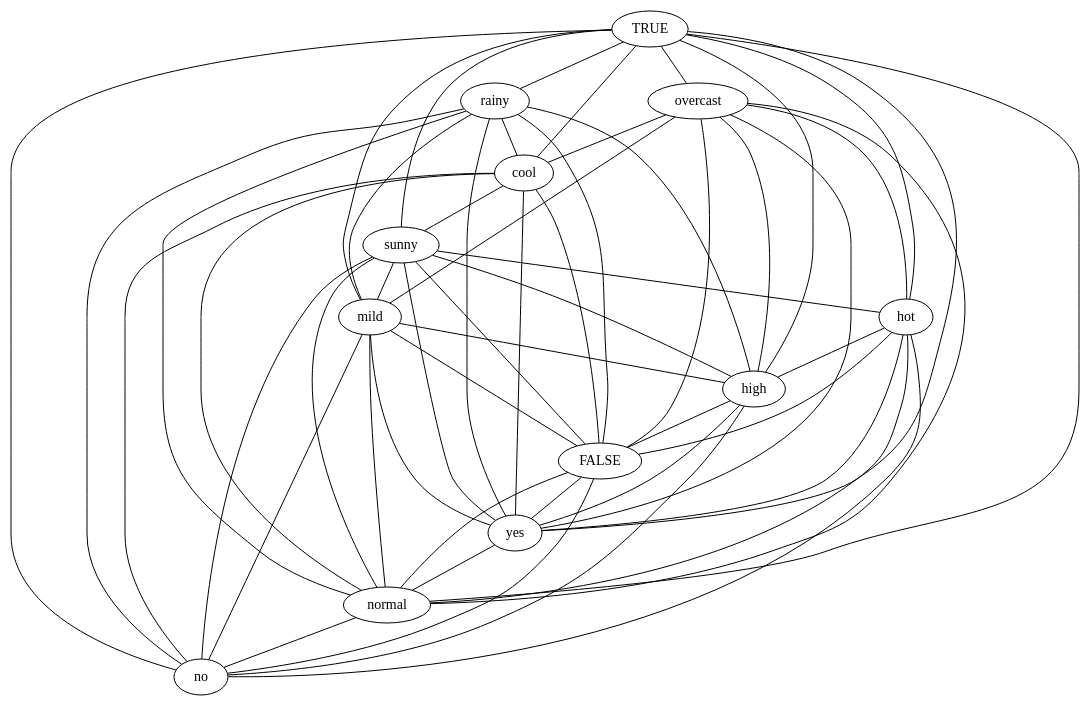
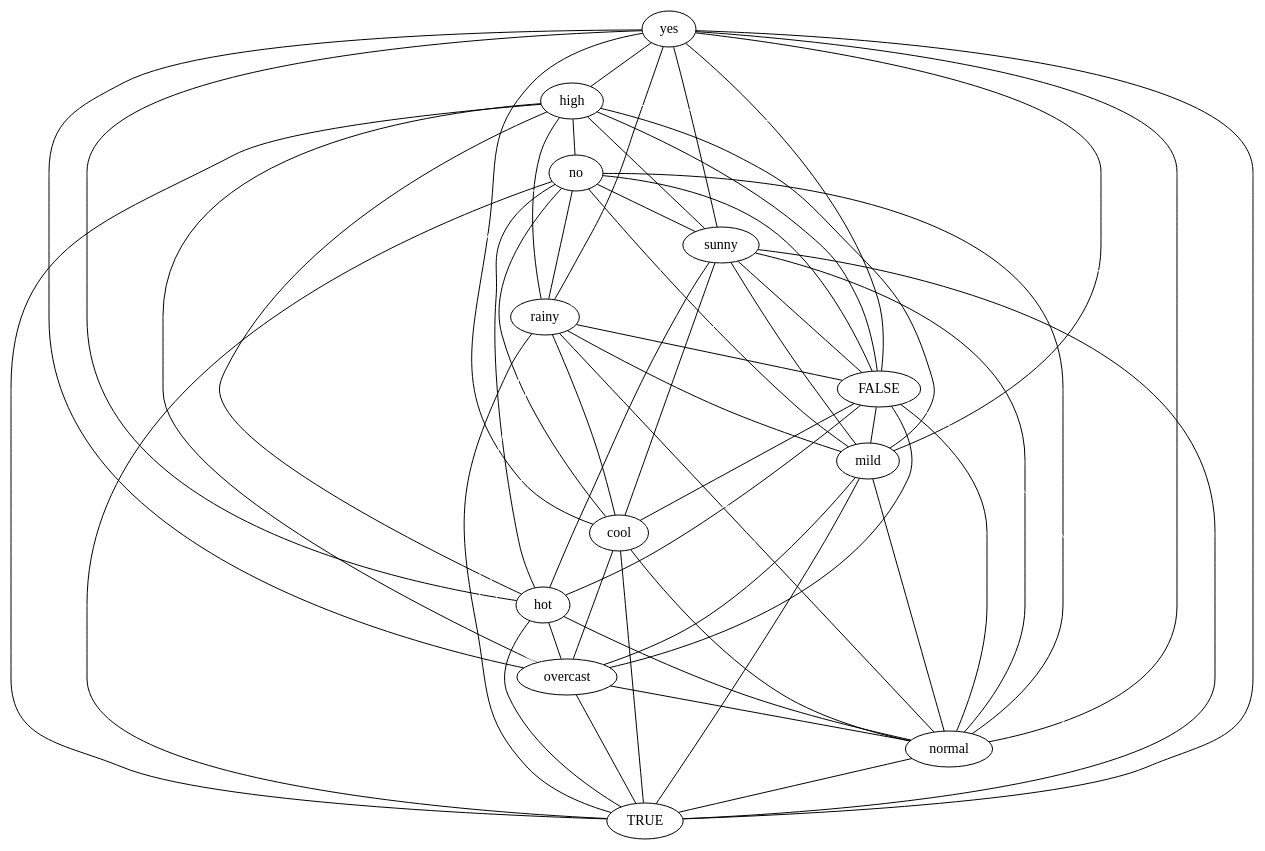
The diagram in src/final/plainGraph.dot (lrodrin/TFG), drawn with Graphviz before and after one commit. The commit also changed 12 other files, not shown here.

```diff
--- a/src/final/plainGraph.dot
+++ b/src/final/plainGraph.dot
@@ -1,68 +1,80 @@
 strict graph "" {
+yes;
+high;
+no;
+sunny;
+rainy;
+FALSE;
+mild;
+cool;
+hot;
+overcast;
+normal;
 TRUE;
-overcast;
-rainy;
-cool;
-sunny;
-mild;
-hot;
-high;
-FALSE;
-yes;
-normal;
-no;
-TRUE -- high  [color=black];
-TRUE -- overcast  [color=black];
-TRUE -- yes  [color=black];
-TRUE -- normal  [color=black];
-TRUE -- rainy  [color=black];
-TRUE -- cool  [color=black];
-TRUE -- sunny  [color=black];
-TRUE -- mild  [color=black];
-TRUE -- no  [color=black];
-TRUE -- hot  [color=black];
-overcast -- high  [color=black];
-overcast -- FALSE  [color=black];
-overcast -- yes  [color=black];
-overcast -- cool  [color=black];
+yes -- mild  [color=black];
+yes -- cool  [color=black];
+yes -- no  [color=white];
+yes -- TRUE  [color=black];
+yes -- overcast  [color=black];
+yes -- normal  [color=black];
+yes -- sunny  [color=black];
+yes -- FALSE  [color=black];
+yes -- high  [color=black];
+yes -- hot  [color=black];
+yes -- rainy  [color=black];
+high -- mild  [color=black];
+high -- no  [color=black];
+high -- TRUE  [color=black];
+high -- cool  [color=white];
+high -- overcast  [color=black];
+high -- sunny  [color=black];
+high -- FALSE  [color=black];
+high -- rainy  [color=black];
+high -- hot  [color=black];
+high -- normal  [color=white];
+no -- mild  [color=black];
+no -- hot  [color=black];
+no -- TRUE  [color=black];
+no -- cool  [color=black];
+no -- overcast  [color=white];
+no -- normal  [color=black];
+no -- sunny  [color=black];
+no -- FALSE  [color=black];
+no -- rainy  [color=black];
+sunny -- mild  [color=black];
+sunny -- TRUE  [color=black];
+sunny -- cool  [color=black];
+sunny -- overcast  [color=white];
+sunny -- normal  [color=black];
+sunny -- FALSE  [color=black];
+sunny -- hot  [color=black];
+sunny -- rainy  [color=white];
+rainy -- mild  [color=black];
+rainy -- TRUE  [color=black];
+rainy -- cool  [color=black];
+rainy -- overcast  [color=white];
+rainy -- FALSE  [color=black];
+rainy -- hot  [color=white];
+rainy -- normal  [color=black];
+FALSE -- mild  [color=black];
+FALSE -- TRUE  [color=white];
+FALSE -- cool  [color=black];
+FALSE -- normal  [color=black];
+FALSE -- overcast  [color=black];
+FALSE -- hot  [color=black];
+mild -- cool  [color=white];
+mild -- TRUE  [color=black];
+mild -- overcast  [color=black];
+mild -- normal  [color=black];
+mild -- hot  [color=white];
+cool -- TRUE  [color=black];
+cool -- overcast  [color=black];
+cool -- normal  [color=black];
+cool -- hot  [color=white];
+hot -- TRUE  [color=black];
+hot -- overcast  [color=black];
+hot -- normal  [color=black];
+overcast -- TRUE  [color=black];
 overcast -- normal  [color=black];
-overcast -- mild  [color=black];
-overcast -- hot  [color=black];
-rainy -- high  [color=black];
-rainy -- FALSE  [color=black];
-rainy -- yes  [color=black];
-rainy -- cool  [color=black];
-rainy -- normal  [color=black];
-rainy -- mild  [color=black];
-rainy -- no  [color=black];
-cool -- FALSE  [color=black];
-cool -- yes  [color=black];
-cool -- normal  [color=black];
-cool -- no  [color=black];
-cool -- sunny  [color=black];
-sunny -- high  [color=black];
-sunny -- FALSE  [color=black];
-sunny -- yes  [color=black];
-sunny -- normal  [color=black];
-sunny -- mild  [color=black];
-sunny -- no  [color=black];
-sunny -- hot  [color=black];
-mild -- high  [color=black];
-mild -- FALSE  [color=black];
-mild -- yes  [color=black];
-mild -- normal  [color=black];
-mild -- no  [color=black];
-hot -- high  [color=black];
-hot -- FALSE  [color=black];
-hot -- yes  [color=black];
-hot -- normal  [color=black];
-hot -- no  [color=black];
-high -- FALSE  [color=black];
-high -- yes  [color=black];
-high -- no  [color=black];
-FALSE -- yes  [color=black];
-FALSE -- normal  [color=black];
-FALSE -- no  [color=black];
-yes -- normal  [color=black];
-normal -- no  [color=black];
+normal -- TRUE  [color=black];
 }
```
